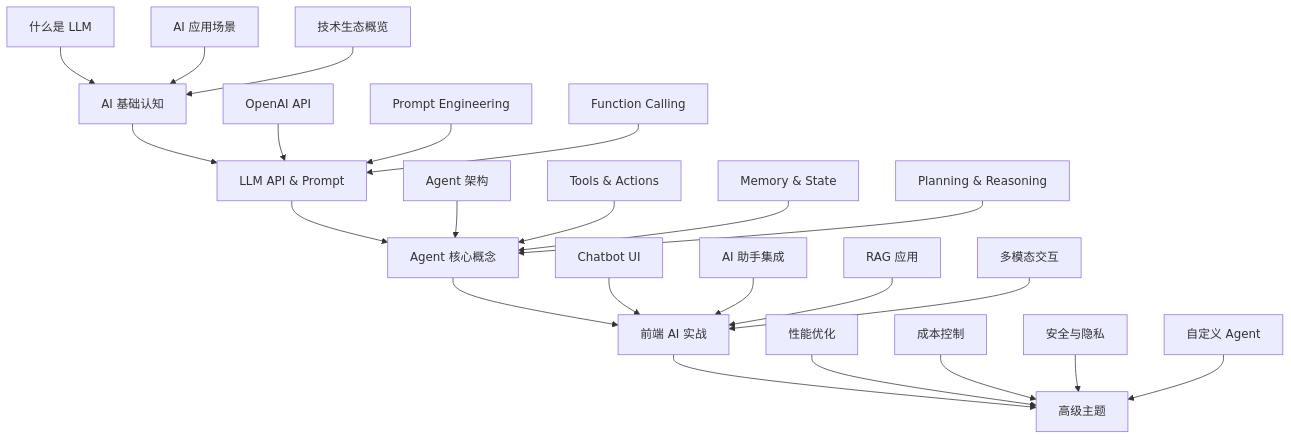
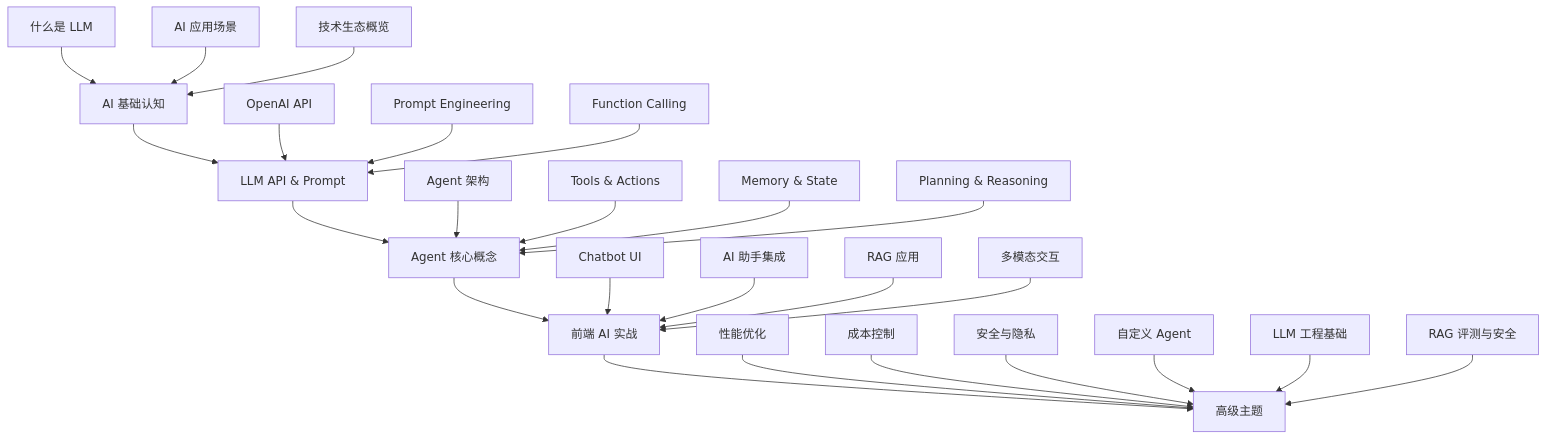
Before and after one commit to Keekuun/ai-lab: the first of 3 diagrams in docs/ai-agent-learning-roadmap.md, drawn with Mermaid. The commit also changed other lines of this file and 7 other files, not shown here.

````diff
--- a/docs/ai-agent-learning-roadmap.md
+++ b/docs/ai-agent-learning-roadmap.md
@@ -74,30 +74,32 @@
 ```mermaid
 graph TB
     A[AI 基础认知] --> B[LLM API & Prompt]
     B --> C[Agent 核心概念]
     C --> D[前端 AI 实战]
     D --> E[高级主题]
     
     A1[什么是 LLM] --> A
     A2[AI 应用场景] --> A
     A3[技术生态概览] --> A
     
     B1[OpenAI API] --> B
     B2[Prompt Engineering] --> B
     B3[Function Calling] --> B
     
     C1[Agent 架构] --> C
     C2[Tools & Actions] --> C
     C3[Memory & State] --> C
     C4[Planning & Reasoning] --> C
     
     D1[Chatbot UI] --> D
     D2[AI 助手集成] --> D
     D3[RAG 应用] --> D
     D4[多模态交互] --> D
     
     E1[性能优化] --> E
     E2[成本控制] --> E
     E3[安全与隐私] --> E
     E4[自定义 Agent] --> E
+    E5[LLM 工程基础] --> E
+    E6[RAG 评测与安全] --> E
 ```
````
